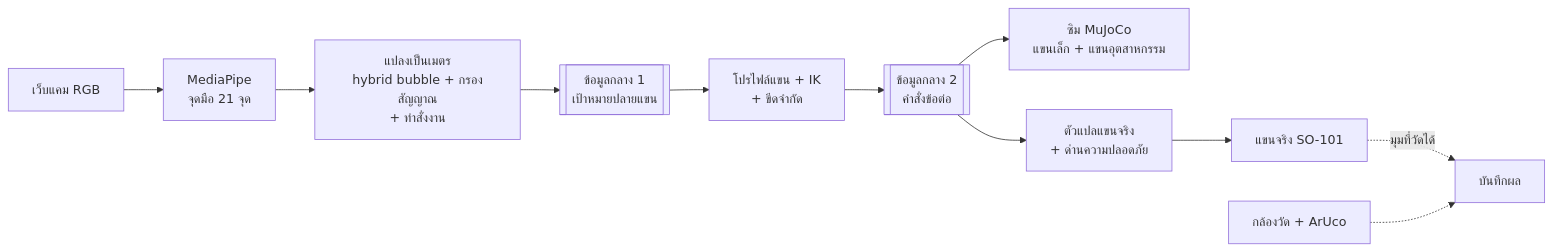
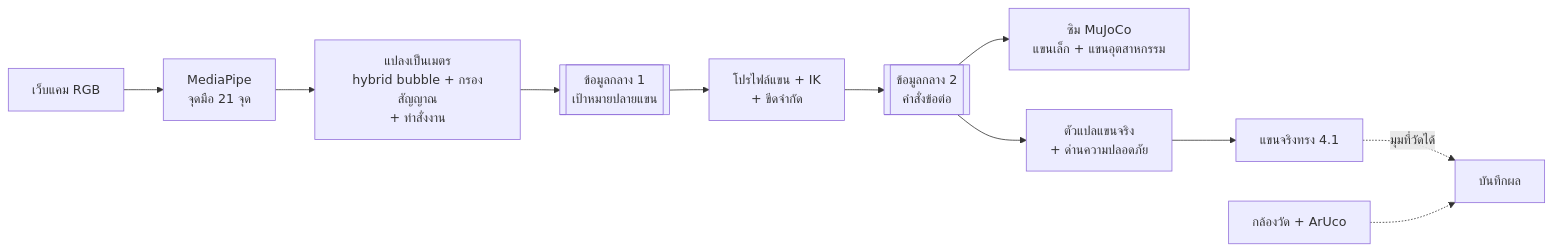
Before and after one commit to Bakani30/camera-arm-control: the first of 2 diagrams in docs/research/04-ADVISOR-SUMMARY.md, drawn with Mermaid. The commit also changed other lines of this file and 5 other files, not shown here.

````diff
--- a/docs/research/04-ADVISOR-SUMMARY.md
+++ b/docs/research/04-ADVISOR-SUMMARY.md
@@ -68,13 +68,13 @@
 ```mermaid
 flowchart LR
   CAM[เว็บแคม RGB] --> MP[MediaPipe<br/>จุดมือ 21 จุด]
   MP --> MAP[แปลงเป็นเมตร<br/>hybrid bubble + กรองสัญญาณ<br/>+ ท่าสั่งงาน]
   MAP --> T1[[ข้อมูลกลาง 1<br/>เป้าหมายปลายแขน]]
   T1 --> IK[โปรไฟล์แขน + IK<br/>+ ขีดจำกัด]
   IK --> T2[[ข้อมูลกลาง 2<br/>คำสั่งข้อต่อ]]
   T2 --> SIM[ซิม MuJoCo<br/>แขนเล็ก + แขนอุตสาหกรรม]
   T2 --> DRV[ตัวแปลแขนจริง<br/>+ ด่านความปลอดภัย]
-  DRV --> ARM[แขนจริง SO-101]
+  DRV --> ARM[แขนจริงทรง 4.1]
   ARM -. มุมที่วัดได้ .-> LOG[บันทึกผล]
   ARU[กล้องวัด + ArUco] -.-> LOG
 ```
````
